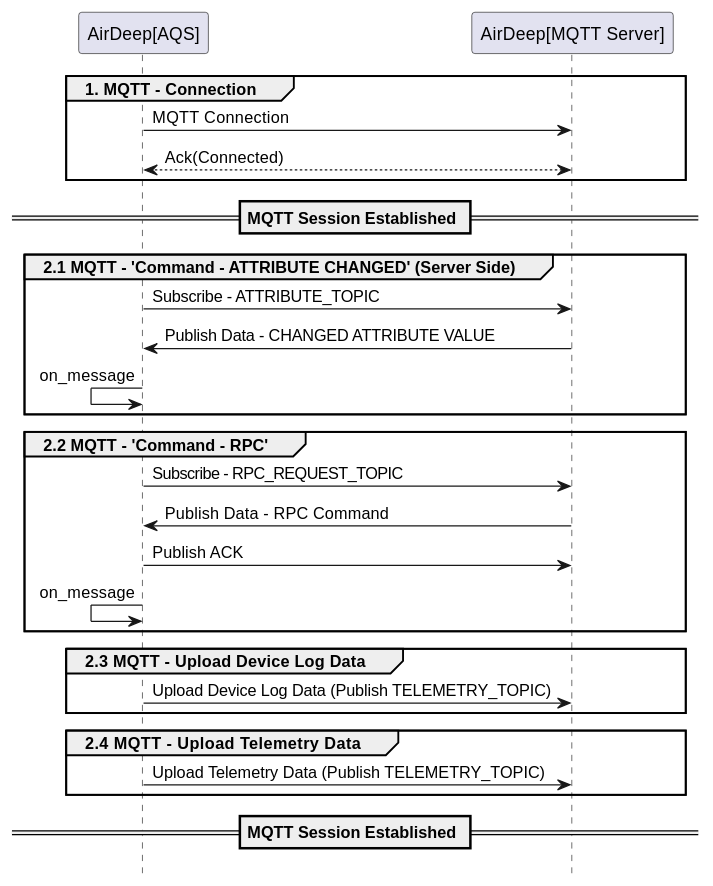
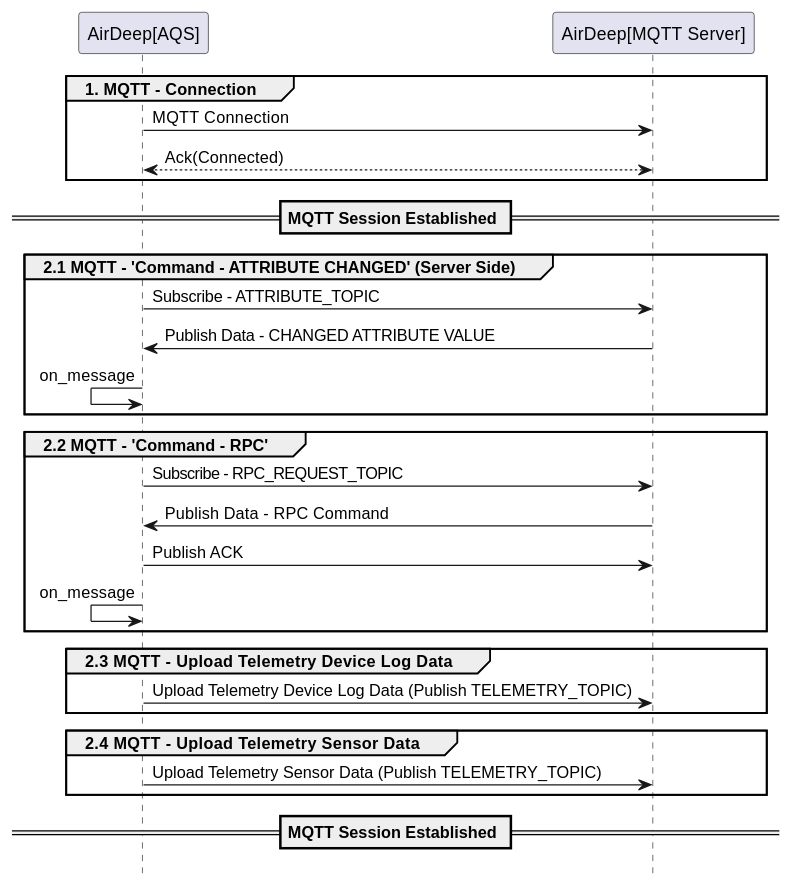
One commit to RTdataLab/DE-ADeep-API-Guide changed the third of 3 diagrams in README.md. Above: the diagram before and after it, drawn with PlantUML. The commit also changed other lines of this file and 4 other files, not shown here.

````diff
--- a/README.md
+++ b/README.md
@@ -188,34 +188,34 @@
    ```plantuml
    @startuml
      participant "AirDeep[AQS]" order 1
      participant "AirDeep[MQTT Server]" order 2
      hide footbox
       group 1. MQTT - Connection
       "AirDeep[AQS]" -> "AirDeep[MQTT Server]" : MQTT Connection
       "AirDeep[AQS]" <--> "AirDeep[MQTT Server]"  : Ack(Connected)
      end
      == MQTT Session Established ==
      group 2.1 MQTT - 'Command - ATTRIBUTE CHANGED' (Server Side)
        "AirDeep[AQS]" -> "AirDeep[MQTT Server]" : Subscribe - ATTRIBUTE_TOPIC
        "AirDeep[AQS]" <- "AirDeep[MQTT Server]" : Publish Data - CHANGED ATTRIBUTE VALUE
        "AirDeep[AQS]" <- "AirDeep[AQS]" : on_message
      end
 
      group 2.2 MQTT - 'Command - RPC'
        "AirDeep[AQS]" -> "AirDeep[MQTT Server]" : Subscribe - RPC_REQUEST_TOPIC
        "AirDeep[AQS]" <- "AirDeep[MQTT Server]" : Publish Data - RPC Command
        "AirDeep[AQS]" -> "AirDeep[MQTT Server]" : Publish ACK
        "AirDeep[AQS]" <- "AirDeep[AQS]" : on_message
      end
 
-     group 2.3 MQTT - Upload Device Log Data
-       "AirDeep[AQS]" -> "AirDeep[MQTT Server]" : Upload Device Log Data (Publish TELEMETRY_TOPIC)
+     group 2.3 MQTT - Upload Telemetry Device Log Data
+       "AirDeep[AQS]" -> "AirDeep[MQTT Server]" : Upload Telemetry Device Log Data (Publish TELEMETRY_TOPIC)
      end
 
-     group 2.4 MQTT - Upload Telemetry Data
-       "AirDeep[AQS]" -> "AirDeep[MQTT Server]" : Upload Telemetry Data (Publish TELEMETRY_TOPIC)
+     group 2.4 MQTT - Upload Telemetry Sensor Data
+       "AirDeep[AQS]" -> "AirDeep[MQTT Server]" : Upload Telemetry Sensor Data (Publish TELEMETRY_TOPIC)
      end
 
      == MQTT Session Established ==
    @enduml
    ```
````
